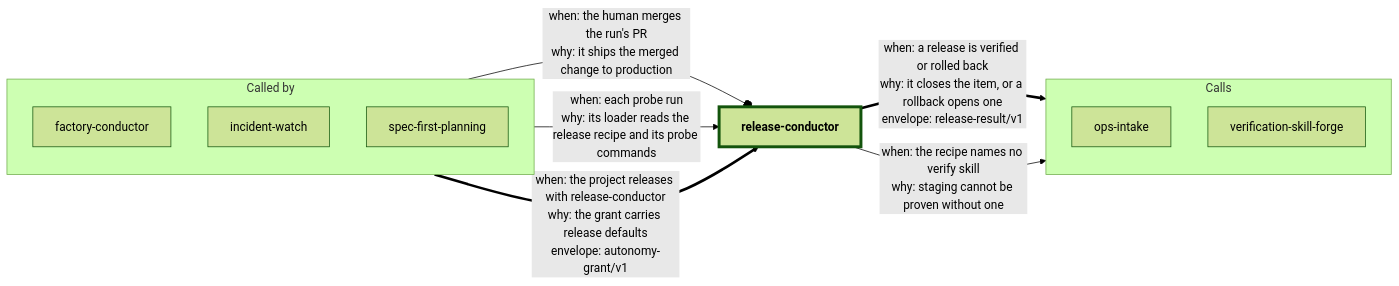
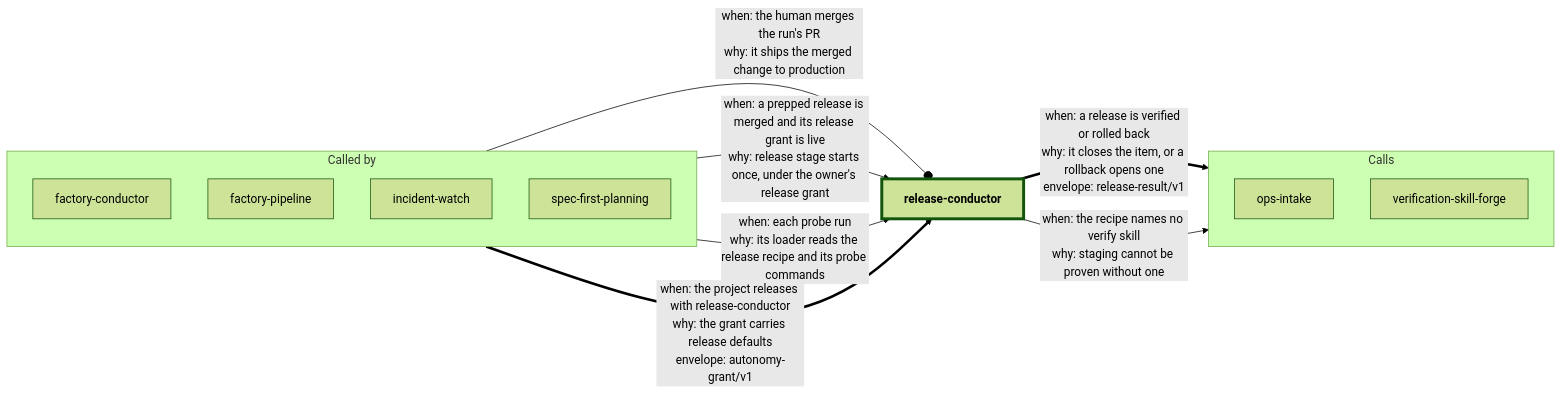
Before and after one commit to dhanesh/agent-skills: the diagram in release-conductor/README.md, drawn with Mermaid (forest theme). The commit also changed other lines of this file and 14 other files, not shown here.

First line of the commit message:
feat(factory-pipeline): release stage runs `release stage` once after the merge (R19)

````diff
--- a/release-conductor/README.md
+++ b/release-conductor/README.md
@@ -23,22 +23,24 @@
 ```mermaid
 flowchart LR
   subgraph callers["Called by"]
     direction TB
     in_factory_conductor["factory-conductor"]
+    in_factory_pipeline["factory-pipeline"]
     in_incident_watch["incident-watch"]
     in_spec_first_planning["spec-first-planning"]
   end
   self_release_conductor["release-conductor"]
   subgraph callees["Calls"]
     direction TB
     out_ops_intake["ops-intake"]
     out_verification_skill_forge["verification-skill-forge"]
   end
   in_factory_conductor --o|"when: the human merges the run's PR<br/>why: it ships the merged change to production"| self_release_conductor
+  in_factory_pipeline -->|"when: a prepped release is merged and its release grant is live<br/>why: release stage starts once, under the owner's release grant"| self_release_conductor
   in_incident_watch -->|"when: each probe run<br/>why: its loader reads the release recipe and its probe commands"| self_release_conductor
   in_spec_first_planning ==>|"when: the project releases with release-conductor<br/>why: the grant carries release defaults<br/>envelope: autonomy-grant/v1"| self_release_conductor
   self_release_conductor ==>|"when: a release is verified or rolled back<br/>why: it closes the item, or a rollback opens one<br/>envelope: release-result/v1"| out_ops_intake
   self_release_conductor -->|"when: the recipe names no verify skill<br/>why: staging cannot be proven without one"| out_verification_skill_forge
   classDef self stroke-width:4px,font-weight:bold
   class self_release_conductor self
 ```
````
